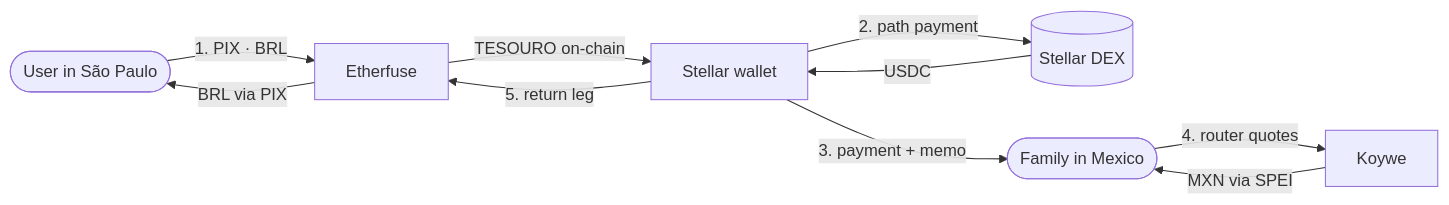
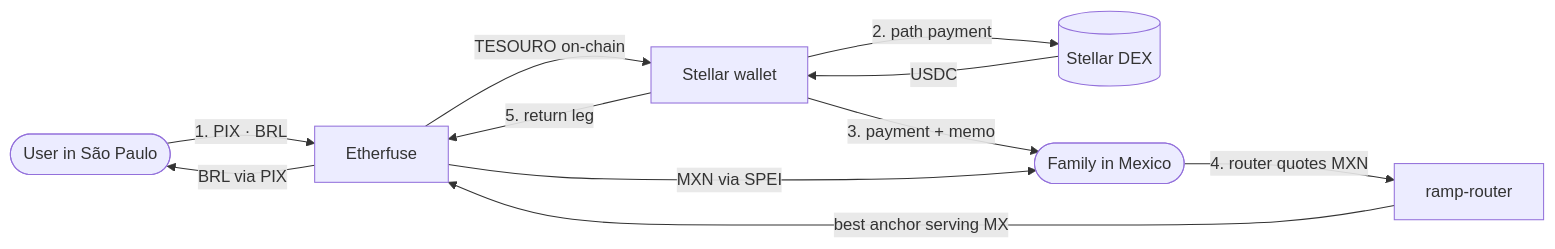
One commit to ACTA-Team/brazil-regional-kit changed the first of 2 diagrams in README.md. Above: the diagram before and after it, drawn with Mermaid. The commit also changed other lines of this file and 8 other files, not shown here.

````diff
--- a/README.md
+++ b/README.md
@@ -89,12 +89,13 @@
 ```mermaid
 flowchart LR
   U([User in São Paulo]) -->|1. PIX · BRL| E[Etherfuse]
   E -->|TESOURO on-chain| W[Stellar wallet]
   W -->|2. path payment| DEX[(Stellar DEX)]
   DEX -->|USDC| W
   W -->|3. payment + memo| R([Family in Mexico])
-  R -->|4. router quotes| K[Koywe]
-  K -->|MXN via SPEI| R
+  R -->|4. router quotes MXN| RT[ramp-router]
+  RT -->|best anchor serving MX| E
+  E -->|MXN via SPEI| R
   W -->|5. return leg| E
   E -->|BRL via PIX| U
 ```
````
